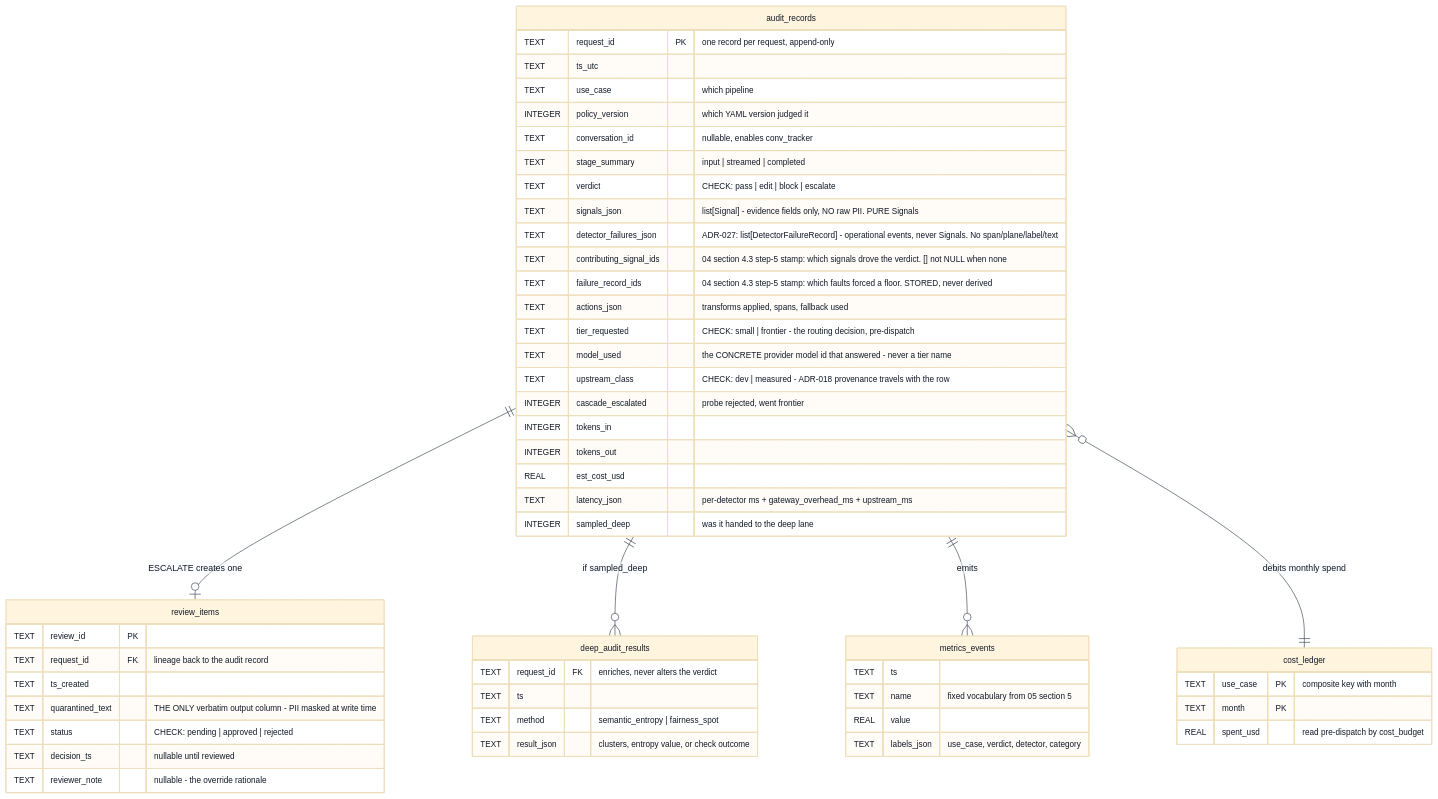
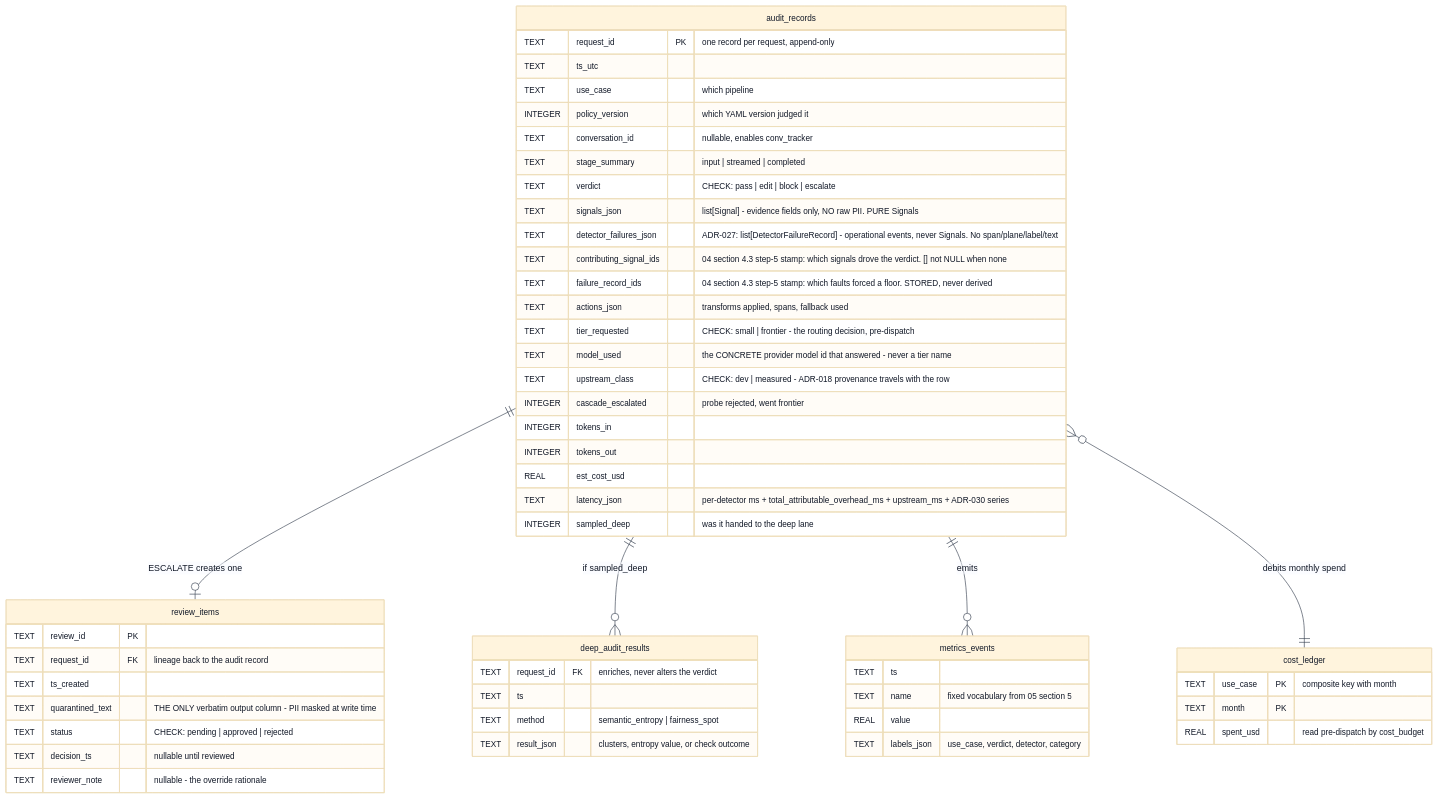
The diagram in docs/diagrams/10-audit-data-model.mmd (harshitsaini17/controlplane-ai), drawn with Mermaid before and after one commit. The commit also changed 13 other files, not shown here.

```diff
--- a/docs/diagrams/10-audit-data-model.mmd
+++ b/docs/diagrams/10-audit-data-model.mmd
@@ -1,64 +1,64 @@
 %%{init: {"theme":"base","themeVariables":{"fontFamily":"Inter, Segoe UI, Helvetica, Arial, sans-serif","fontSize":"13px","primaryTextColor":"#111827","lineColor":"#374151"}}}%%
 %% Source: docs/05-api-and-data-contracts.md 3 (SQLite schema) + ADR-006 + NFR-SEC-001
 %% + ADR-018 (tier/model split, upstream_class) + ADR-027 Amendment 1 (the step-5 stamp).
 %% Claim: exactly one column may hold verbatim model output, and it is masked before it is written.
 %% Claim: a tier name never masquerades as a model id, and the step-5 stamp is stored, not derived.
 erDiagram
   audit_records {
     TEXT request_id PK "one record per request, append-only"
     TEXT ts_utc
     TEXT use_case "which pipeline"
     INTEGER policy_version "which YAML version judged it"
     TEXT conversation_id "nullable, enables conv_tracker"
     TEXT stage_summary "input | streamed | completed"
     TEXT verdict "CHECK: pass | edit | block | escalate"
     TEXT signals_json "list[Signal] - evidence fields only, NO raw PII. PURE Signals"
     TEXT detector_failures_json "ADR-027: list[DetectorFailureRecord] - operational events, never Signals. No span/plane/label/text"
     TEXT contributing_signal_ids "04 section 4.3 step-5 stamp: which signals drove the verdict. [] not NULL when none"
     TEXT failure_record_ids "04 section 4.3 step-5 stamp: which faults forced a floor. STORED, never derived"
     TEXT actions_json "transforms applied, spans, fallback used"
     TEXT tier_requested "CHECK: small | frontier - the routing decision, pre-dispatch"
     TEXT model_used "the CONCRETE provider model id that answered - never a tier name"
     TEXT upstream_class "CHECK: dev | measured - ADR-018 provenance travels with the row"
     INTEGER cascade_escalated "probe rejected, went frontier"
     INTEGER tokens_in
     INTEGER tokens_out
     REAL est_cost_usd
-    TEXT latency_json "per-detector ms + gateway_overhead_ms + upstream_ms"
+    TEXT latency_json "per-detector ms + total_attributable_overhead_ms + upstream_ms + ADR-030 series"
     INTEGER sampled_deep "was it handed to the deep lane"
   }
 
   review_items {
     TEXT review_id PK
     TEXT request_id FK "lineage back to the audit record"
     TEXT ts_created
     TEXT quarantined_text "THE ONLY verbatim output column - PII masked at write time"
     TEXT status "CHECK: pending | approved | rejected"
     TEXT decision_ts "nullable until reviewed"
     TEXT reviewer_note "nullable - the override rationale"
   }
 
   deep_audit_results {
     TEXT request_id FK "enriches, never alters the verdict"
     TEXT ts
     TEXT method "semantic_entropy | fairness_spot"
     TEXT result_json "clusters, entropy value, or check outcome"
   }
 
   metrics_events {
     TEXT ts
     TEXT name "fixed vocabulary from 05 section 5"
     REAL value
     TEXT labels_json "use_case, verdict, detector, category"
   }
 
   cost_ledger {
     TEXT use_case PK "composite key with month"
     TEXT month PK
     REAL spent_usd "read pre-dispatch by cost_budget"
   }
 
   audit_records ||--o| review_items : "ESCALATE creates one"
   audit_records ||--o{ deep_audit_results : "if sampled_deep"
   audit_records ||--o{ metrics_events : "emits"
   audit_records }o--|| cost_ledger : "debits monthly spend"
```
